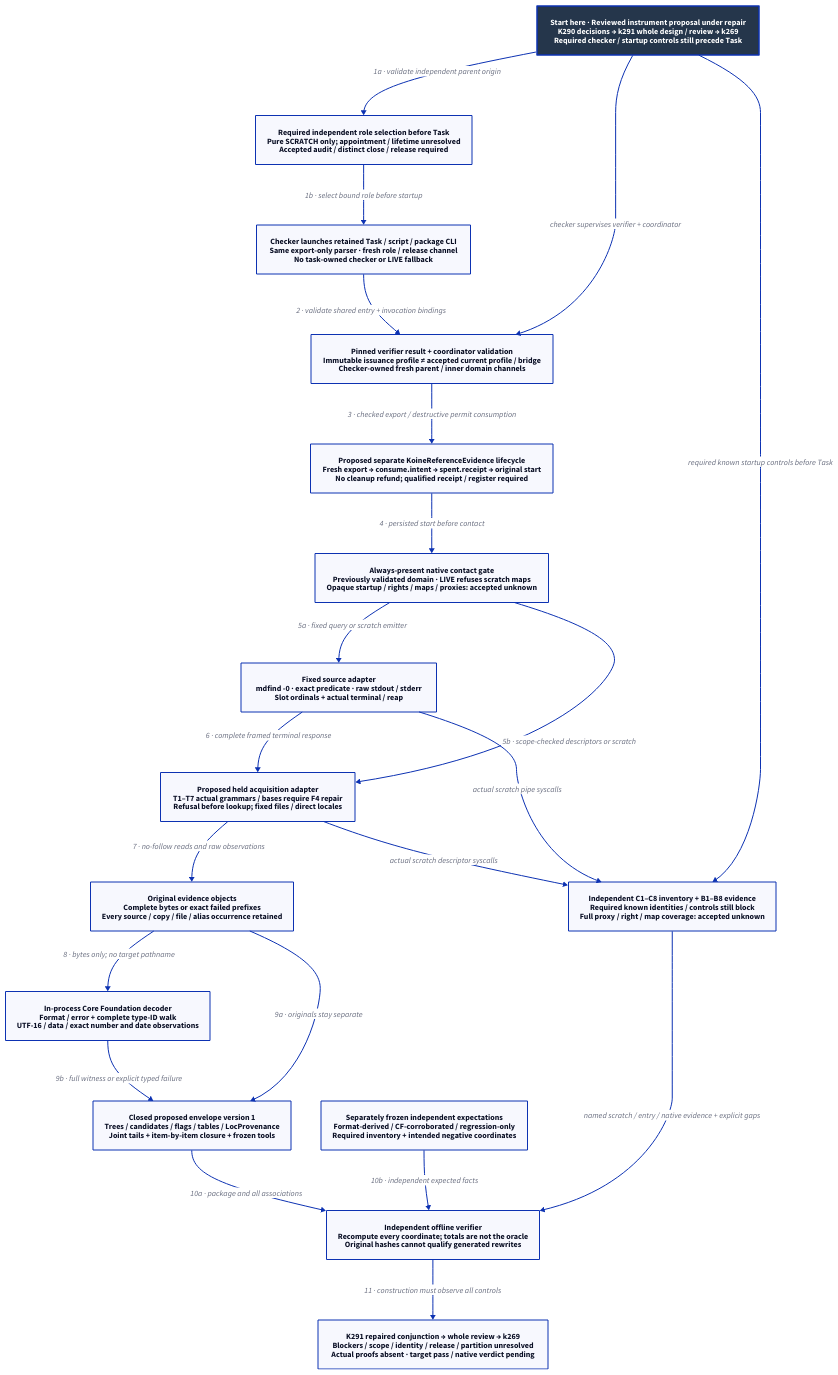
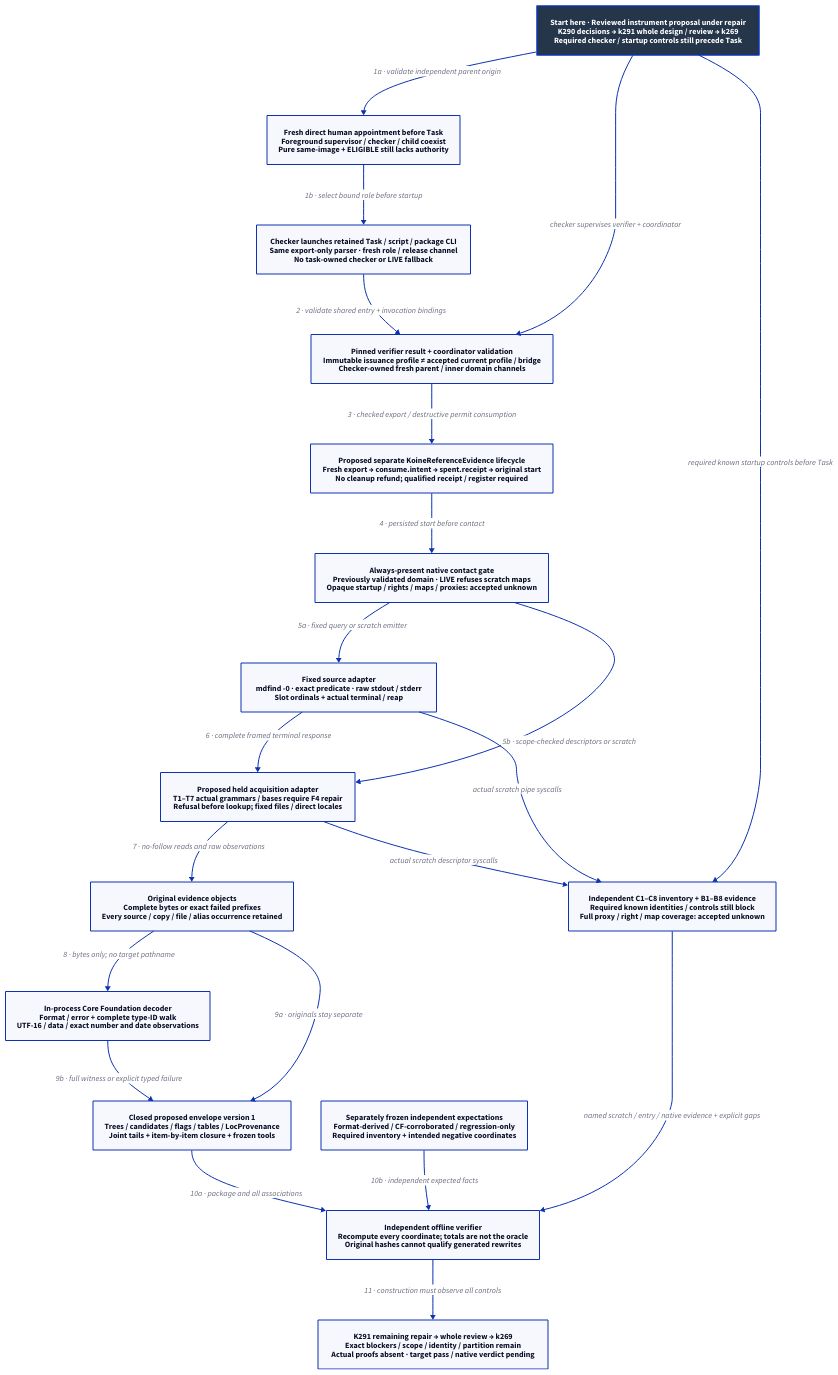
The diagram in docs/design/architecture/native-reference-instrument.d2 (Linkuistics/Koine), drawn with D2 before and after one commit. The commit also changed 20 other files, not shown here.

```diff
--- a/docs/design/architecture/native-reference-instrument.d2
+++ b/docs/design/architecture/native-reference-instrument.d2
@@ -1,40 +1,40 @@
 # Proposed evidence-tool components; none is implemented or qualified by this design.
 direction: down
 classes: {
   start: {style: {fill: "#25364B"; font-color: "#FFFFFF"; bold: true; stroke-width: 3}}
 }
 Start: "Start here · Reviewed instrument proposal under repair\nK290 decisions → k291 whole design / review → k269\nRequired checker / startup controls still precede Task" {class: start}
-Role: "Required independent role selection before Task\nPure SCRATCH only; appointment / lifetime unresolved\nAccepted audit / distinct close / release required"
+Role: "Fresh direct human appointment before Task\nForeground supervisor / checker / child coexist\nPure same-image + ELIGIBLE still lacks authority"
 Task: "Checker launches retained Task / script / package CLI\nSame export-only parser · fresh role / release channel\nNo task-owned checker or LIVE fallback"
 Admission: "Pinned verifier result + coordinator validation\nImmutable issuance profile ≠ accepted current profile / bridge\nChecker-owned fresh parent / inner domain channels"
 Authority: "Proposed separate KoineReferenceEvidence lifecycle\nFresh export → consume.intent → spent.receipt → original start\nNo cleanup refund; qualified receipt / register required"
 Gate: "Always-present native contact gate\nPreviously validated domain · LIVE refuses scratch maps\nOpaque startup / rights / maps / proxies: accepted unknown"
 Source: "Fixed source adapter\nmdfind -0 · exact predicate · raw stdout / stderr\nSlot ordinals + actual terminal / reap"
 Held: "Proposed held acquisition adapter\nT1–T7 actual grammars / bases require F4 repair\nRefusal before lookup; fixed files / direct locales"
 Objects: "Original evidence objects\nComplete bytes or exact failed prefixes\nEvery source / copy / file / alias occurrence retained"
 Decoder: "In-process Core Foundation decoder\nFormat / error + complete type-ID walk\nUTF-16 / data / exact number and date observations"
 Envelope: "Closed proposed envelope version 1\nTrees / candidates / flags / tables / LocProvenance\nJoint tails + item-by-item closure + frozen tools"
 Oracle: "Separately frozen independent expectations\nFormat-derived / CF-corroborated / regression-only\nRequired inventory + intended negative coordinates"
 Observer: "Independent C1–C8 inventory + B1–B8 evidence\nRequired known identities / controls still block\nFull proxy / right / map coverage: accepted unknown"
 Verifier: "Independent offline verifier\nRecompute every coordinate; totals are not the oracle\nOriginal hashes cannot qualify generated rewrites"
-Boundary: "K291 repaired conjunction → whole review → k269\nBlockers / scope / identity / release / partition unresolved\nActual proofs absent · target pass / native verdict pending"
+Boundary: "K291 remaining repair → whole review → k269\nExact blockers / scope / identity / partition remain\nActual proofs absent · target pass / native verdict pending"
 Start -> Role: "1a · validate independent parent origin"
 Role -> Task: "1b · select bound role before startup"
 Start -> Admission: "checker supervises verifier + coordinator"
 Start -> Observer: "required known startup controls before Task"
 Task -> Admission: "2 · validate shared entry + invocation bindings"
 Admission -> Authority: "3 · checked export / destructive permit consumption"
 Authority -> Gate: "4 · persisted start before contact"
 Gate -> Source: "5a · fixed query or scratch emitter"
 Gate -> Held: "5b · scope-checked descriptors or scratch"
 Source -> Held: "6 · complete framed terminal response"
 Held -> Objects: "7 · no-follow reads and raw observations"
 Objects -> Decoder: "8 · bytes only; no target pathname"
 Objects -> Envelope: "9a · originals stay separate"
 Decoder -> Envelope: "9b · full witness or explicit typed failure"
 Envelope -> Verifier: "10a · package and all associations"
 Oracle -> Verifier: "10b · independent expected facts"
 Source -> Observer: "actual scratch pipe syscalls"
 Held -> Observer: "actual scratch descriptor syscalls"
 Observer -> Verifier: "named scratch / entry / native evidence + explicit gaps"
 Verifier -> Boundary: "11 · construction must observe all controls"
```
